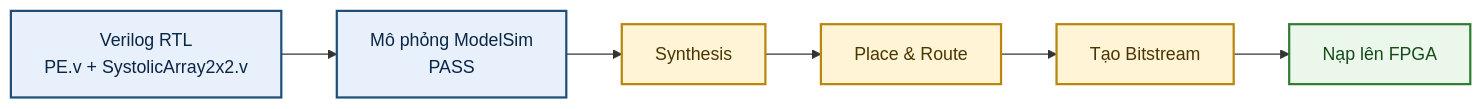
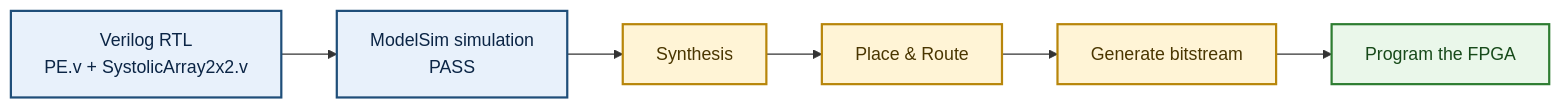
Before and after one commit to minhloc203/matrix_mutiplier_2x2: the sixth of 6 diagrams in README.md, drawn with Mermaid. The commit also changed other lines of this file, not shown here.

````diff
--- a/README.md
+++ b/README.md
@@ -307,22 +349,22 @@
 ```mermaid
 flowchart LR
     RTL["Verilog RTL<br/>PE.v + SystolicArray2x2.v"]
-    SIM["Mô phỏng ModelSim<br/>PASS"]
+    SIM["ModelSim simulation<br/>PASS"]
     SYN["Synthesis"]
     PNR["Place & Route"]
-    BIT["Tạo Bitstream"]
-    FPGA["Nạp lên FPGA"]
+    BIT["Generate bitstream"]
+    FPGA["Program the FPGA"]
 
     RTL --> SIM
     SIM --> SYN
     SYN --> PNR
     PNR --> BIT
     BIT --> FPGA
 
     classDef rtl fill:#E8F1FB,stroke:#1F4E79,stroke-width:2px,color:#0B2545;
     classDef process fill:#FFF4D6,stroke:#B8860B,stroke-width:2px,color:#4A3600;
     classDef target fill:#EAF7EA,stroke:#2E7D32,stroke-width:2px,color:#174A1A;
     class RTL,SIM rtl;
     class SYN,PNR,BIT process;
     class FPGA target;
 ```
````
